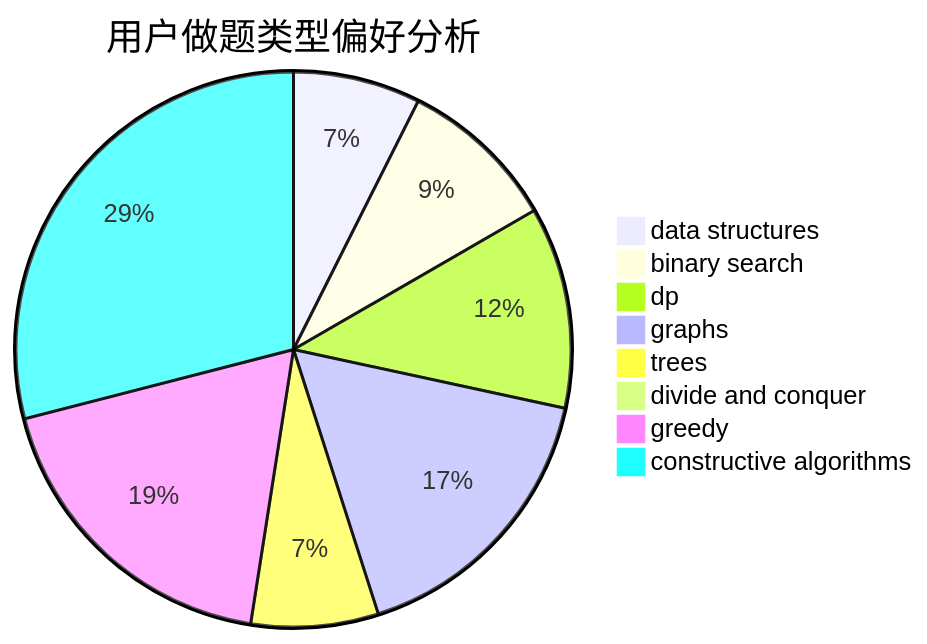
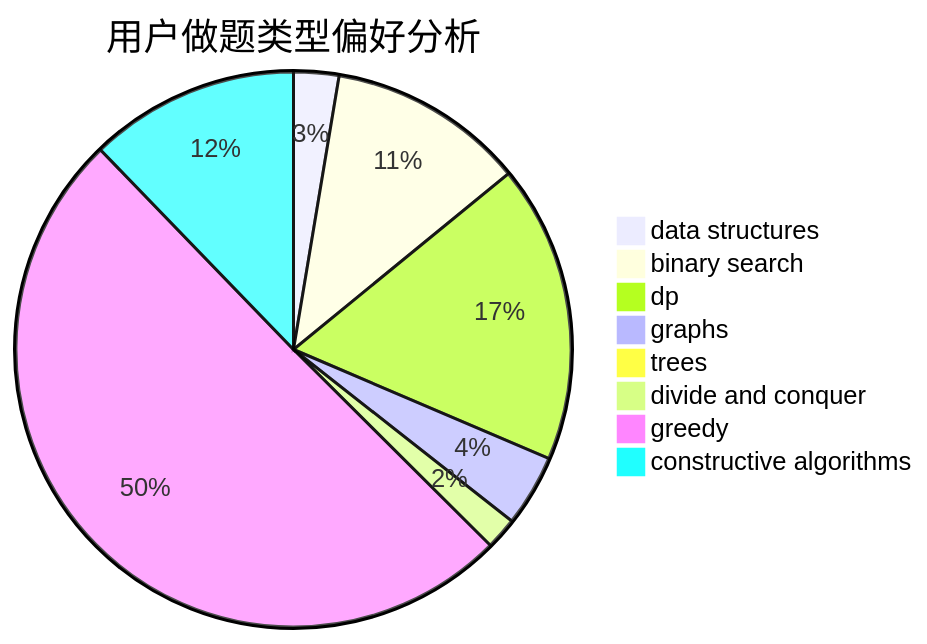
One commit to sherpahu/cfrs.github.io changed the second of 3 diagrams in docs/user/u173.md. Above: the diagram before and after it, drawn with Mermaid. The commit also changed other lines of this file and 2770 other files, not shown here.

````diff
--- a/docs/user/u173.md
+++ b/docs/user/u173.md
@@ -23,11 +23,11 @@
 ```mermaid
 pie title 用户做题类型偏好分析
-    "data structures" :  12
-    "binary search" :  15
-    "dp" :  19
+    "data structures" :  17
+    "binary search" :  74
+    "dp" :  112
     "graphs" :  27
-    "trees" :  12
-    "divide and conquer" :  0
-    "greedy" :  30
-    "constructive algorithms" :  47
+    "trees" :  0
+    "divide and conquer" :  12
+    "greedy" :  325
+    "constructive algorithms" :  79
 ```
````
